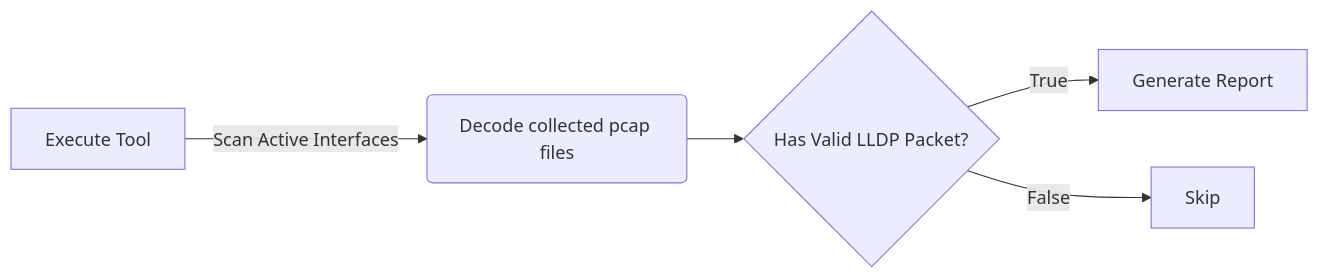
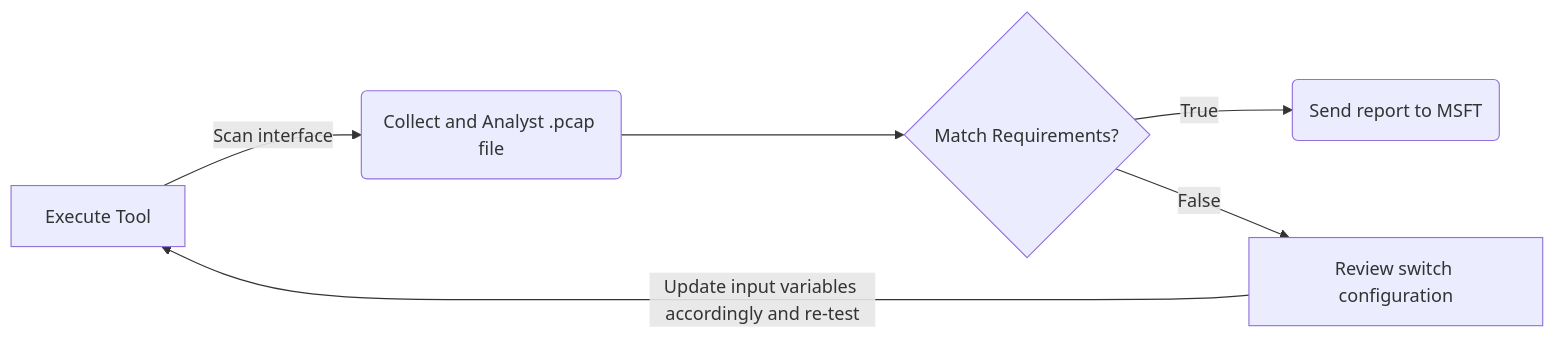
Before and after one commit to microsoft/AzureStackHCI-Network-Switch-Validation: the diagram in README.md, drawn with Mermaid. The commit also changed other lines of this file and 3 other files, not shown here.

````diff
--- a/README.md
+++ b/README.md
@@ -19,8 +19,9 @@
 ```mermaid
 flowchart LR
 
-A[Execute Tool] -->|Scan Active Interfaces| B(Decode collected pcap files)
-B --> C{Has Valid LLDP Packet?}
-C -->|True| D[Generate Report]
-C -->|False| E[Skip]
+A[Execute Tool] -->|Scan interface| B(Collect and Analyst .pcap file)
+B --> C{Match Requirements?}
+C --> |True|D(Send report to MSFT)
+C --> |False|E[Review switch configuration]
+E --> |Update input variables accordingly and re-test | A
 ```
````
